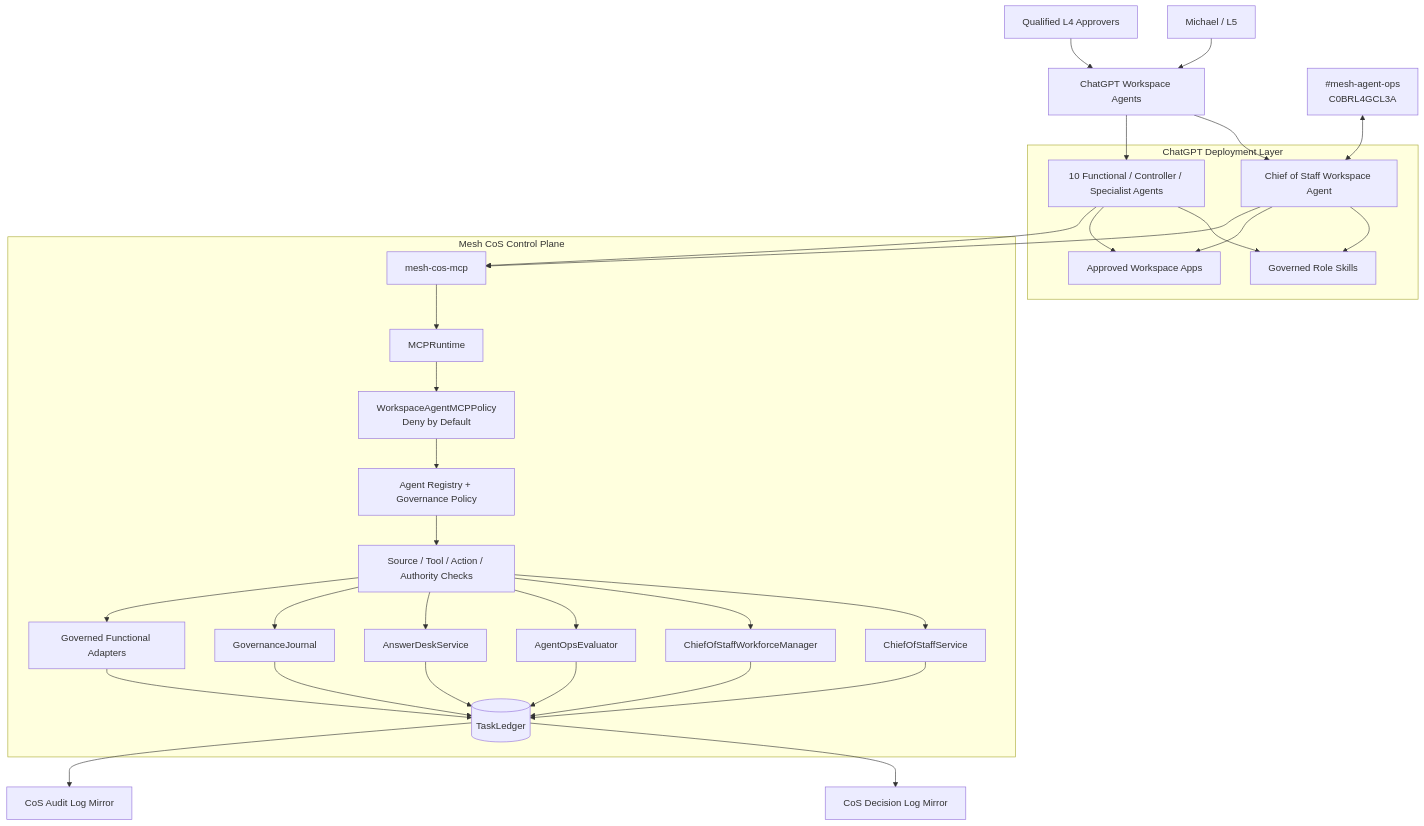
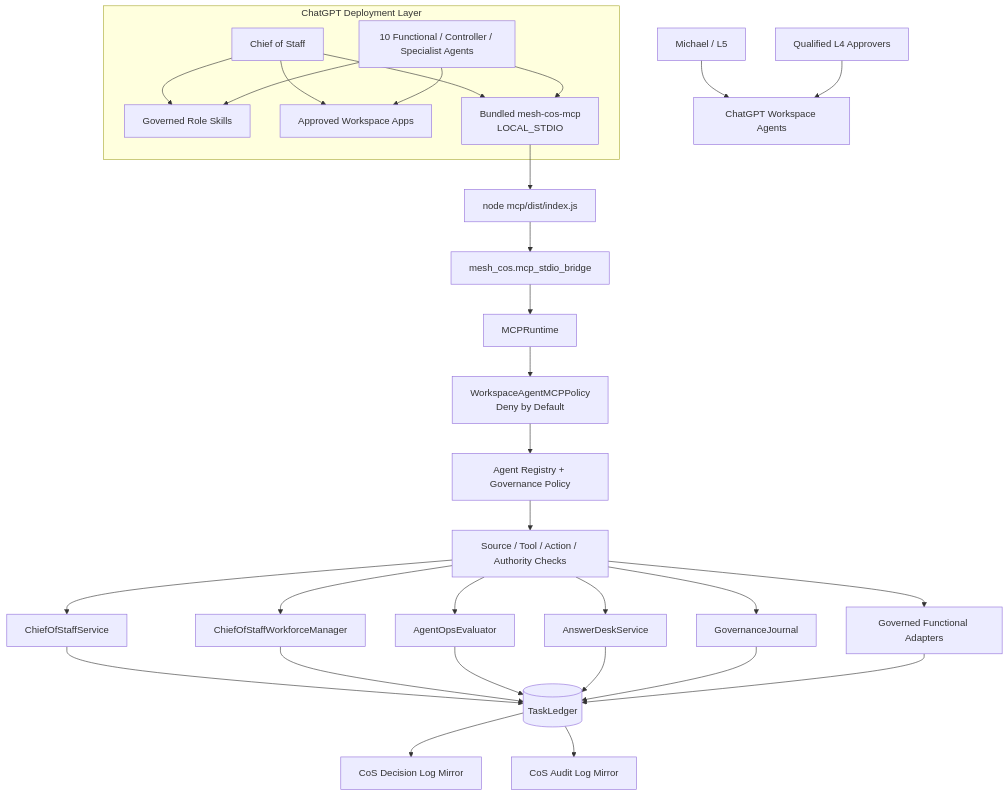
Before and after one commit to mkleinbe/mesh-ai-agent-cos-universe: the first of 2 diagrams in docs/architecture.md, drawn with Mermaid. The commit also changed other lines of this file, not shown here.

Commit message:
docs: refactor architecture for local stdio MCP

````diff
--- a/docs/architecture.md
+++ b/docs/architecture.md
@@ -11,44 +11,41 @@
 ```mermaid
 flowchart TB
     CEO[Michael / L5] --> WA[ChatGPT Workspace Agents]
     H[Qualified L4 Approvers] --> WA
 
     subgraph CHATGPT[ChatGPT Deployment Layer]
-      COSWA[Chief of Staff Workspace Agent]
+      COSWA[Chief of Staff]
       FWA[10 Functional / Controller / Specialist Agents]
       SK[Governed Role Skills]
       APPS[Approved Workspace Apps]
+      MCP[Bundled mesh-cos-mcp\nLOCAL_STDIO]
       COSWA --> SK
       FWA --> SK
       COSWA --> APPS
       FWA --> APPS
+      COSWA --> MCP
+      FWA --> MCP
     end
 
-    WA --> COSWA
-    WA --> FWA
-    COSWA --> MCP[mesh-cos-mcp]
-    FWA --> MCP
-
-    subgraph RUNTIME[Mesh CoS Control Plane]
-      MCP --> RT[MCPRuntime]
-      RT --> MCPPOL[WorkspaceAgentMCPPolicy\nDeny by Default]
-      MCPPOL --> REG[Agent Registry + Governance Policy]
-      REG --> AUTH[Source / Tool / Action / Authority Checks]
-      AUTH --> COS[ChiefOfStaffService]
-      AUTH --> WM[ChiefOfStaffWorkforceManager]
-      AUTH --> AO[AgentOpsEvaluator]
-      AUTH --> AD[AnswerDeskService]
-      AUTH --> GOV[GovernanceJournal]
-      AUTH --> FA[Governed Functional Adapters]
-      COS --> LEDGER[(TaskLedger)]
-      WM --> LEDGER
-      AO --> LEDGER
-      AD --> LEDGER
-      GOV --> LEDGER
-      FA --> LEDGER
-    end
+    MCP --> NODE[node mcp/dist/index.js]
+    NODE --> BRIDGE[mesh_cos.mcp_stdio_bridge]
+    BRIDGE --> RT[MCPRuntime]
+    RT --> MCPPOL[WorkspaceAgentMCPPolicy\nDeny by Default]
+    MCPPOL --> REG[Agent Registry + Governance Policy]
+    REG --> AUTH[Source / Tool / Action / Authority Checks]
+    AUTH --> COS[ChiefOfStaffService]
+    AUTH --> WM[ChiefOfStaffWorkforceManager]
+    AUTH --> AO[AgentOpsEvaluator]
+    AUTH --> AD[AnswerDeskService]
+    AUTH --> GOV[GovernanceJournal]
+    AUTH --> FA[Governed Functional Adapters]
+    COS --> LEDGER[(TaskLedger)]
+    WM --> LEDGER
+    AO --> LEDGER
+    AD --> LEDGER
+    GOV --> LEDGER
+    FA --> LEDGER
 
     LEDGER --> DLOG[CoS Decision Log Mirror]
     LEDGER --> ALOG[CoS Audit Log Mirror]
-    OPS[#mesh-agent-ops\nC0BRL4GCL3A] <--> COSWA
 ```
````
